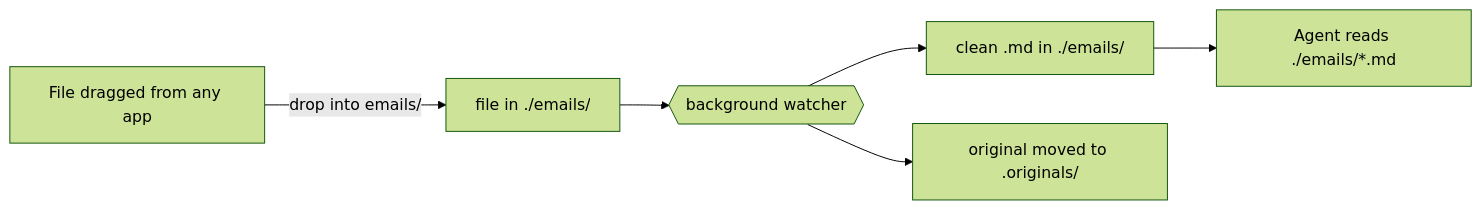
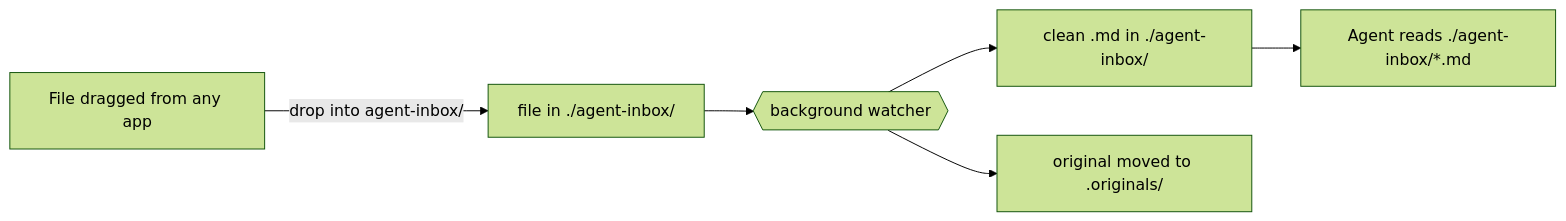
One commit to vkapoor9/auto-md-convert changed the diagram in handoff-prompt.md. Above: the diagram before and after it, drawn with Mermaid (forest theme). The commit also changed other lines of this file and 10 other files, not shown here.

First line of the commit message:
Rename the watched folder from emails/ to agent-inbox/

````diff
--- a/handoff-prompt.md
+++ b/handoff-prompt.md
@@ -73,8 +73,8 @@
 ```mermaid
 flowchart LR
-  A[File dragged from any app] -->|drop into emails/| B[file in ./emails/]
+  A[File dragged from any app] -->|drop into agent-inbox/| B[file in ./agent-inbox/]
   B --> C{{background watcher}}
-  C --> D[clean .md in ./emails/]
+  C --> D[clean .md in ./agent-inbox/]
   C --> E[original moved to .originals/]
-  D --> F[Agent reads ./emails/*.md]
+  D --> F[Agent reads ./agent-inbox/*.md]
 ```
````
